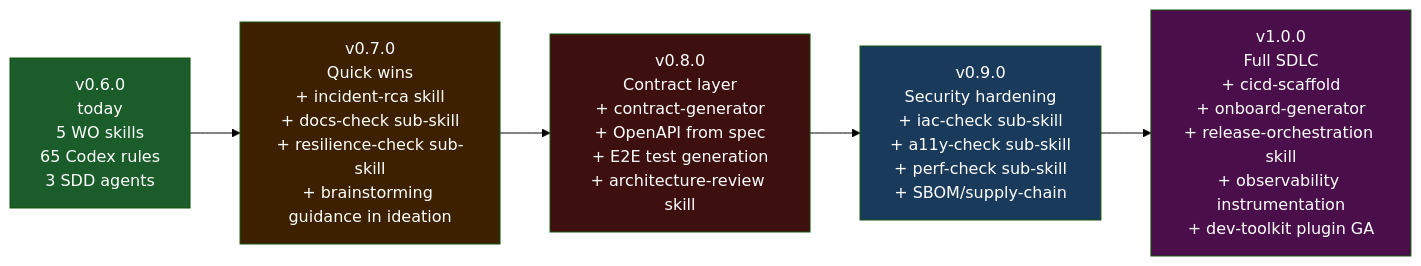
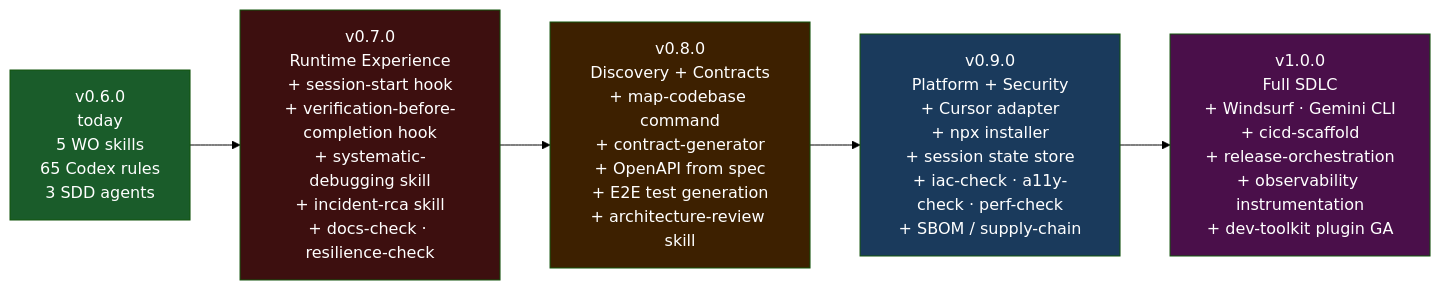
Before and after one commit to mikecubed/agent-workflow-skills: the eighth of 9 diagrams in docs/sdlc-gap-analysis.md, drawn with Mermaid (forest theme). The commit also changed other lines of this file, not shown here.

First line of the commit message:
docs: add competitor-inspired features to SDLC gap analysis

````diff
--- a/docs/sdlc-gap-analysis.md
+++ b/docs/sdlc-gap-analysis.md
@@ -354,20 +421,20 @@
 ```mermaid
 graph LR
     V06["v0.6.0\ntoday\n5 WO skills\n65 Codex rules\n3 SDD agents"]
 
-    V07["v0.7.0\nQuick wins\n+ incident-rca skill\n+ docs-check sub-skill\n+ resilience-check sub-skill\n+ brainstorming guidance in ideation"]
+    V07["v0.7.0\nRuntime Experience\n+ session-start hook\n+ verification-before-completion hook\n+ systematic-debugging skill\n+ incident-rca skill\n+ docs-check · resilience-check"]
 
-    V08["v0.8.0\nContract layer\n+ contract-generator\n+ OpenAPI from spec\n+ E2E test generation\n+ architecture-review skill"]
+    V08["v0.8.0\nDiscovery + Contracts\n+ map-codebase command\n+ contract-generator\n+ OpenAPI from spec\n+ E2E test generation\n+ architecture-review skill"]
 
-    V09["v0.9.0\nSecurity hardening\n+ iac-check sub-skill\n+ a11y-check sub-skill\n+ perf-check sub-skill\n+ SBOM/supply-chain"]
+    V09["v0.9.0\nPlatform + Security\n+ Cursor adapter\n+ npx installer\n+ session state store\n+ iac-check · a11y-check · perf-check\n+ SBOM / supply-chain"]
 
-    V10["v1.0.0\nFull SDLC\n+ cicd-scaffold\n+ onboard-generator\n+ release-orchestration skill\n+ observability instrumentation\n+ dev-toolkit plugin GA"]
+    V10["v1.0.0\nFull SDLC\n+ Windsurf · Gemini CLI\n+ cicd-scaffold\n+ release-orchestration\n+ observability instrumentation\n+ dev-toolkit plugin GA"]
 
     V06 --> V07 --> V08 --> V09 --> V10
 
     style V06 fill:#1a5c2a,color:#fff
-    style V07 fill:#3d2000,color:#fff
-    style V08 fill:#3d0f0f,color:#fff
+    style V07 fill:#3d0f0f,color:#fff
+    style V08 fill:#3d2000,color:#fff
     style V09 fill:#1a3a5c,color:#fff
     style V10 fill:#4a0f4a,color:#fff
 ```
````
